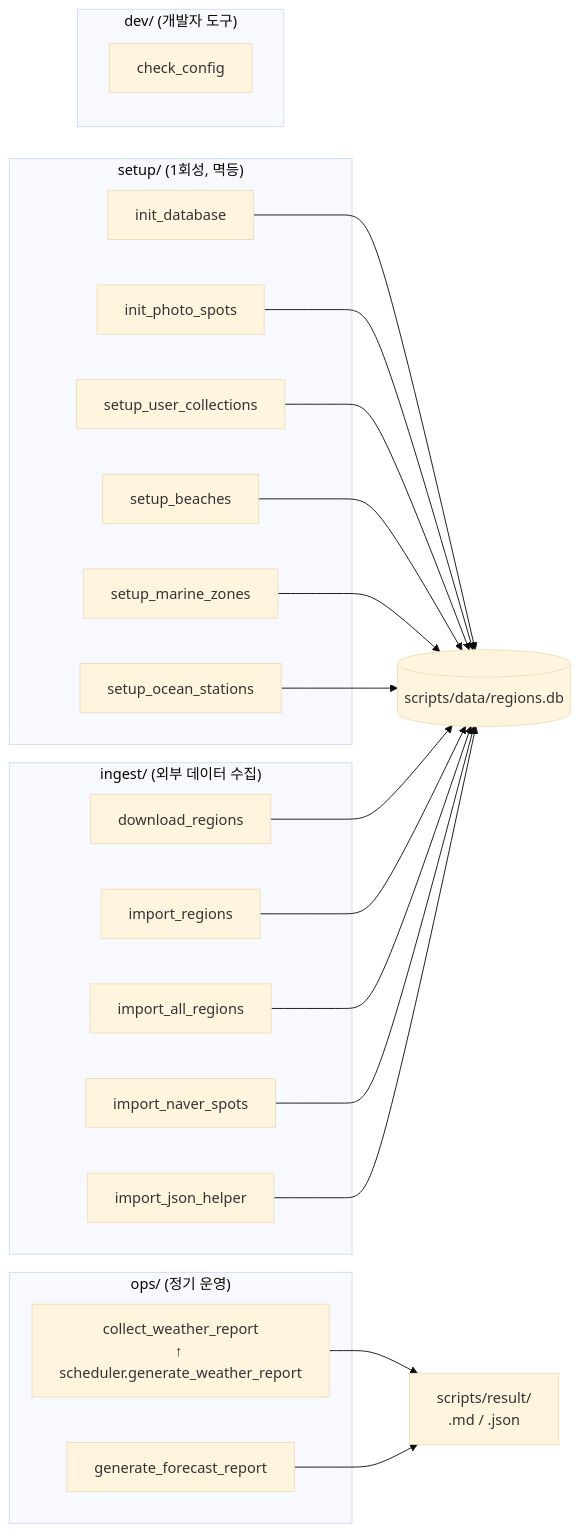
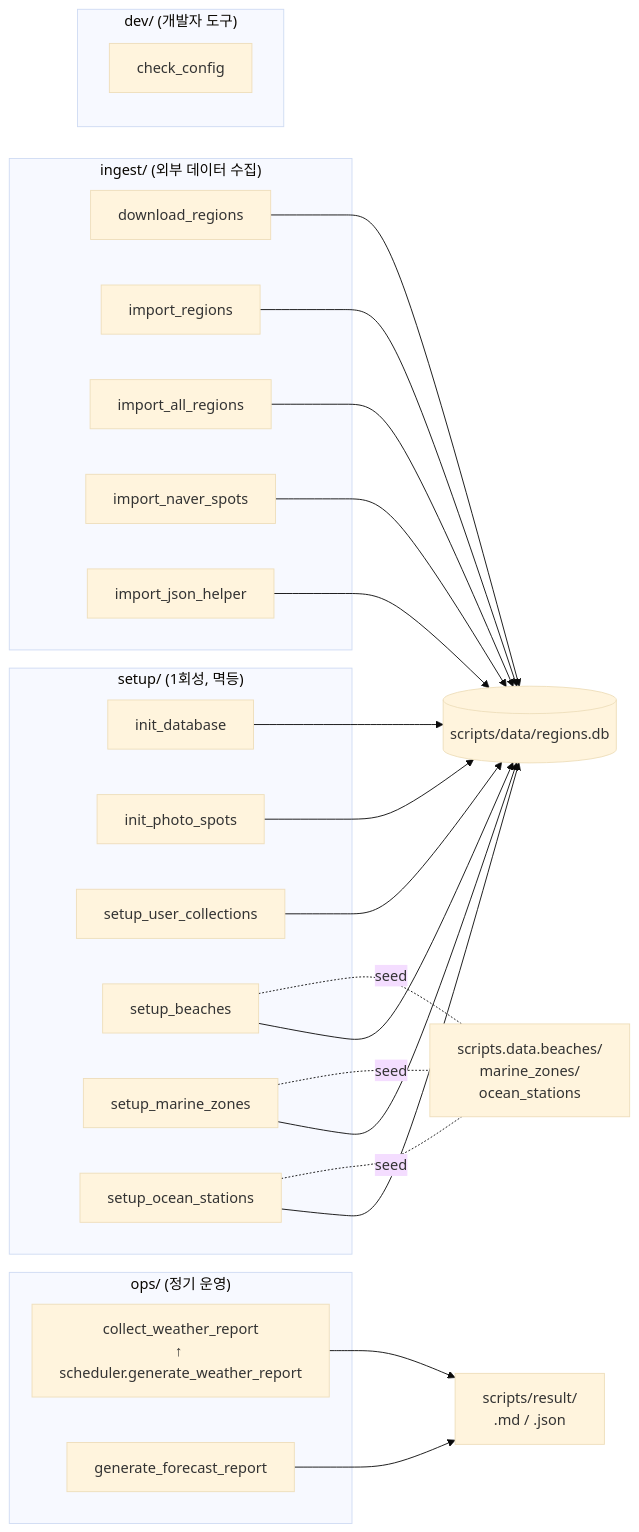
Before and after one commit to Donghun1q2w/weather_lens: the eighth of 8 diagrams in CLAUDE.md, drawn with Mermaid (base theme). The commit also changed other lines of this file, not shown here.

First line of the commit message:
docs: CLAUDE.md 플로우차트 4종 → 8종으로 확장

````diff
--- a/CLAUDE.md
+++ b/CLAUDE.md
@@ -177,43 +329,49 @@
 ```mermaid
 flowchart LR
     subgraph S["setup/  (1회성, 멱등)"]
         S1[init_database]
         S2[init_photo_spots]
         S3[setup_user_collections]
         S4[setup_beaches]
         S5[setup_marine_zones]
         S6[setup_ocean_stations]
     end
 
     subgraph I["ingest/  (외부 데이터 수집)"]
         I1[download_regions]
         I2[import_regions]
         I3[import_all_regions]
         I4[import_naver_spots]
         I5[import_json_helper]
     end
 
     subgraph O["ops/  (정기 운영)"]
         O1[collect_weather_report<br/>↑ scheduler.generate_weather_report]
         O2[generate_forecast_report]
     end
 
     subgraph D["dev/  (개발자 도구)"]
         D1[check_config]
     end
 
     DB[(scripts/data/regions.db)]
+    Result[scripts/result/<br/>.md / .json]
+    StaticData[scripts.data.beaches/<br/>marine_zones/<br/>ocean_stations]
+
     S1 --> DB
     S2 --> DB
     S3 --> DB
+    S5 --> DB
+    S5 -. seed .- StaticData
     S4 --> DB
-    S5 --> DB
+    S4 -. seed .- StaticData
     S6 --> DB
+    S6 -. seed .- StaticData
     I1 --> DB
     I2 --> DB
     I3 --> DB
     I4 --> DB
     I5 --> DB
-    O1 --> Result[scripts/result/<br/>.md / .json]
+    O1 --> Result
     O2 --> Result
 ```
````
